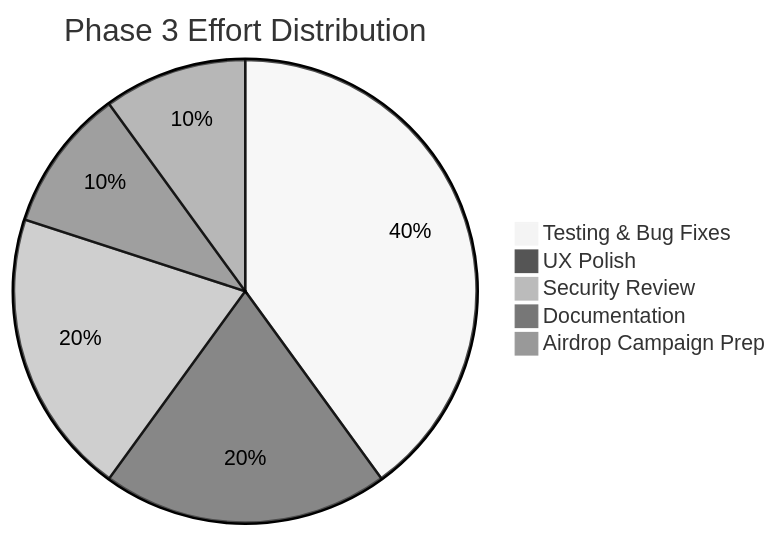
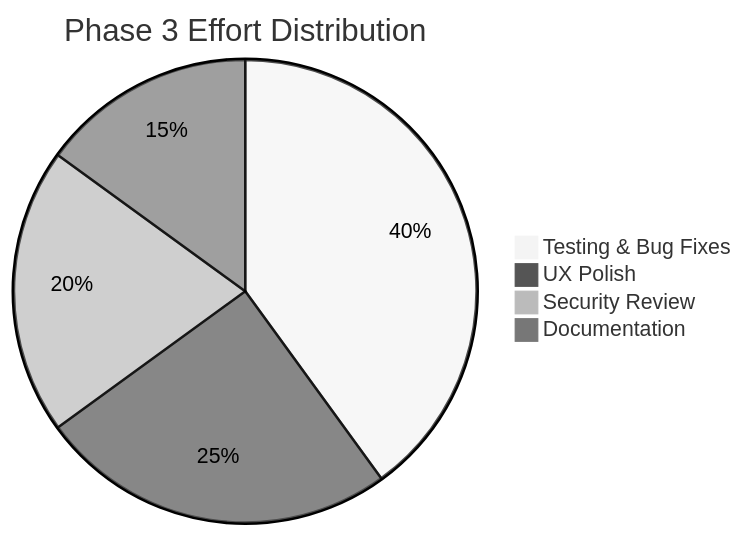
The ninth of 11 diagrams in ROADMAP.md (33imattei33/roadmap-project), drawn with Mermaid (neutral theme) before and after one commit. The commit also changed other lines of this file, not shown here.

First line of the commit message:
docs: rewrite roadmap with Phase 2/3 deadlines and remove upstream references

````diff
--- a/ROADMAP.md
+++ b/ROADMAP.md
@@ -365,8 +372,7 @@
 ```mermaid
 pie title Phase 3 Effort Distribution
     "Testing & Bug Fixes" : 40
-    "UX Polish" : 20
+    "UX Polish" : 25
     "Security Review" : 20
-    "Documentation" : 10
-    "Airdrop Campaign Prep" : 10
+    "Documentation" : 15
 ```
````
